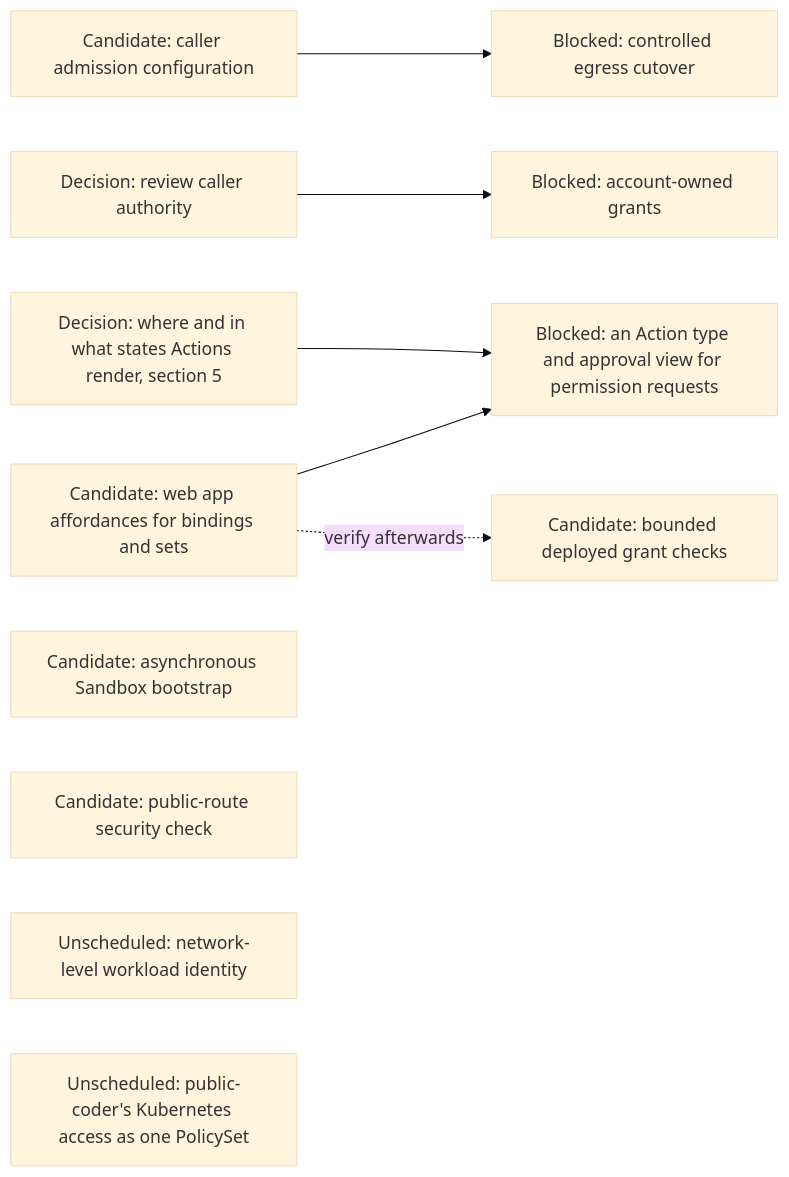
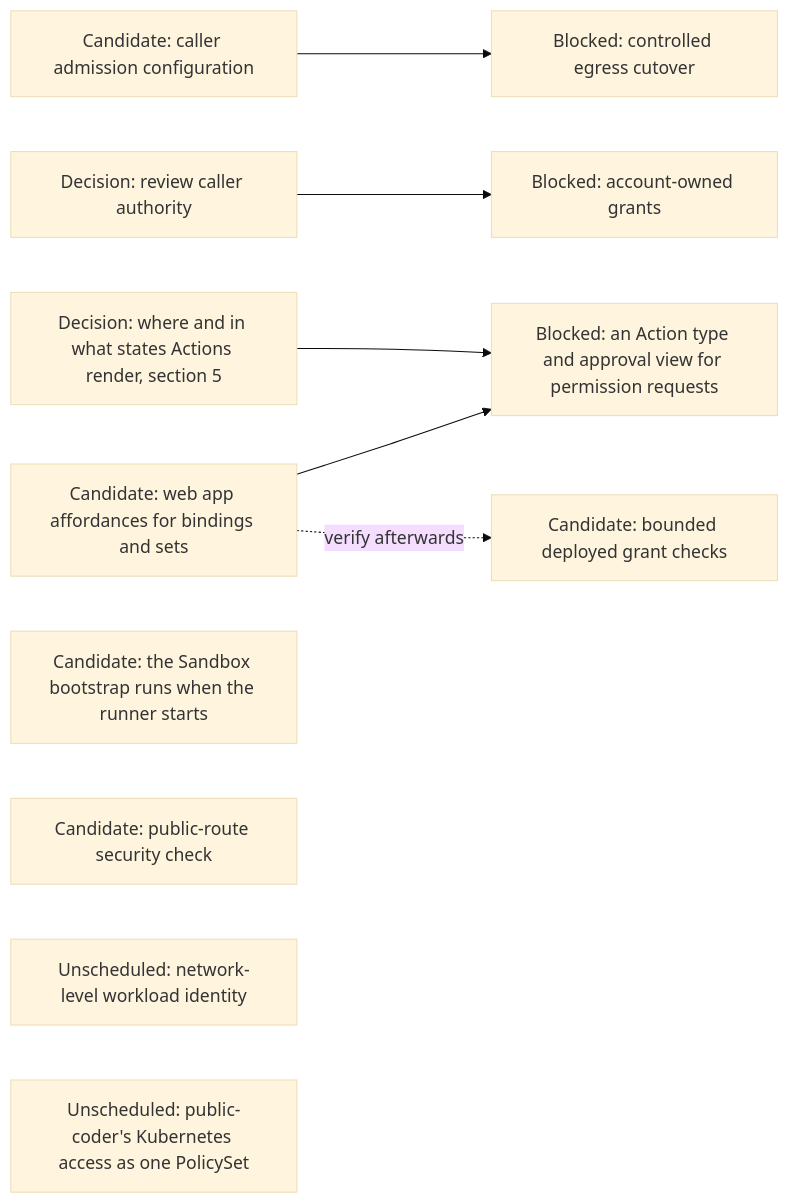
Before and after one commit to agentydragon-agent/ducktape: the eighth of 14 diagrams in agentplane/plans/task_dag.md, drawn with Mermaid (base theme). The commit also changed other lines of this file, not shown here.

````diff
--- a/agentplane/plans/task_dag.md
+++ b/agentplane/plans/task_dag.md
@@ -565,16 +565,16 @@
 ```mermaid
 flowchart LR
     PC_EGRESS_CREDENTIALS[Candidate: caller admission configuration] --> PC_EGRESS[Blocked: controlled egress cutover]
     CLAUDE_AI_SA[Decision: review caller authority] --> MANAGED_SA_RBAC[Blocked: account-owned grants]
     POLICY_RUNTIME_GRANTS[Candidate: web app affordances for bindings and sets]
     AGENT_PERMISSION_REQUESTS[Blocked: an Action type and approval view for permission requests]
     ACTION_SURFACES_DESIGN[Decision: where and in what states Actions render, section 5]
     POLICY_RUNTIME_GRANTS --> AGENT_PERMISSION_REQUESTS
     ACTION_SURFACES_DESIGN --> AGENT_PERMISSION_REQUESTS
     POLICY_RUNTIME_GRANTS -. verify afterwards .-> SANDBOX_RBAC
-    BOOTSTRAP_PROGRESS_CONTRACT[Candidate: asynchronous Sandbox bootstrap]
+    BOOTSTRAP_PROGRESS_CONTRACT[Candidate: the Sandbox bootstrap runs when the runner starts]
     SANDBOX_RBAC[Candidate: bounded deployed grant checks]
     NOTIFICATION_INGRESS_BOUNDARY[Candidate: public-route security check]
     NETWORK_WORKLOAD_IDENTITY[Unscheduled: network-level workload identity]
     PC_KUBERNETES_POLICY_SET[Unscheduled: public-coder's Kubernetes access as one PolicySet]
 ```
````
